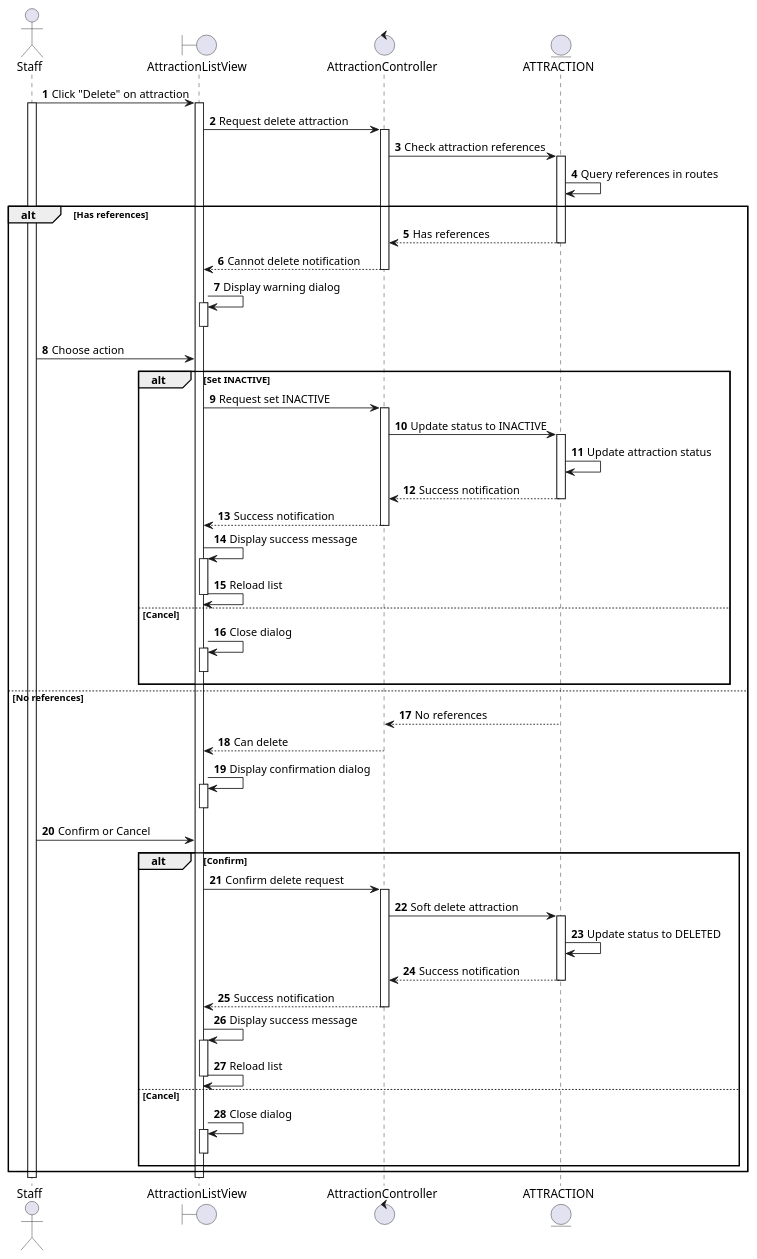
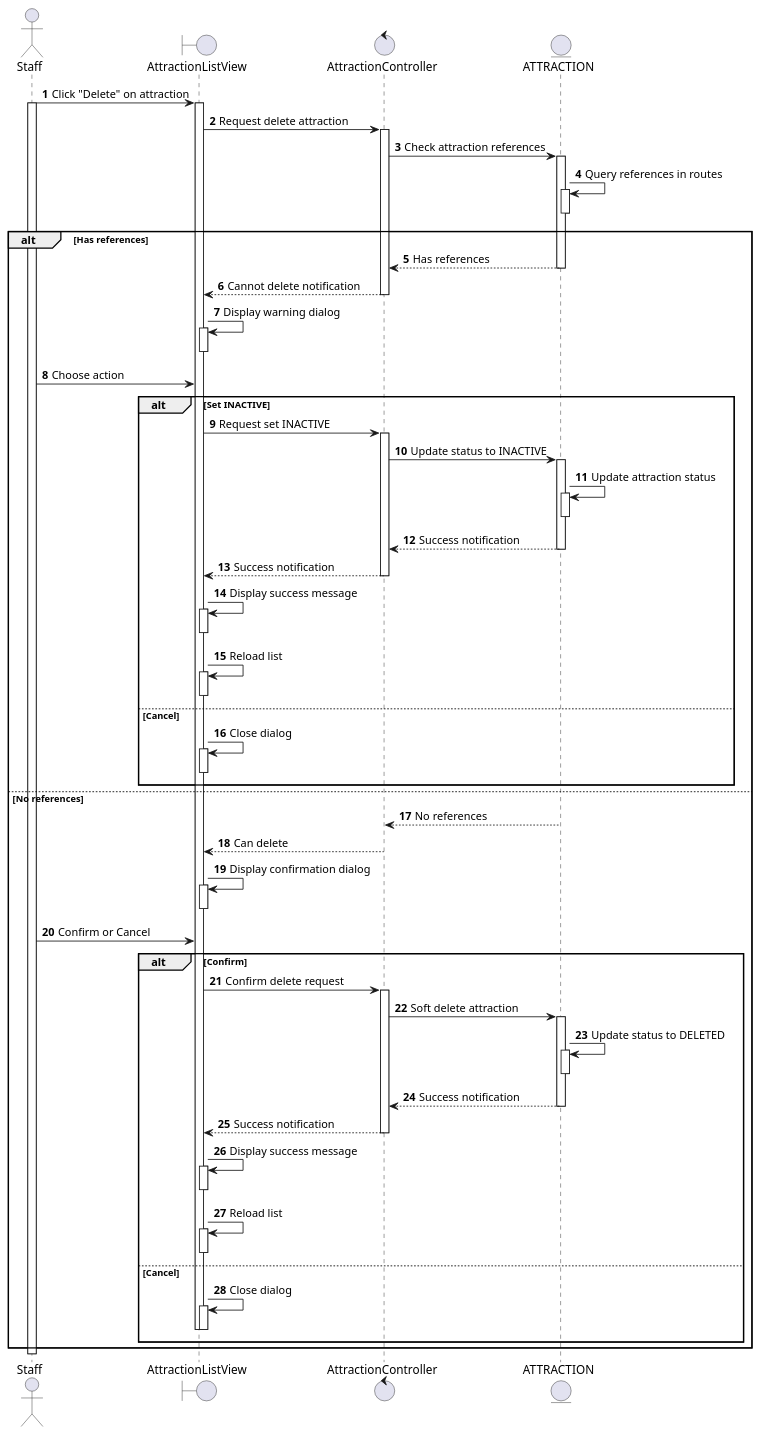
One commit to se113-wm/se113-wm.github.io changed the diagram in docs/docs/sequence/manage-attraction/delete-attraction.md. Above: the diagram before and after it, drawn with PlantUML. The commit also changed 37 other files, not shown here.

First line of the commit message:
Refactor sequence diagrams for booking and trip management

```diff
--- a/docs/docs/sequence/manage-attraction/delete-attraction.md
+++ b/docs/docs/sequence/manage-attraction/delete-attraction.md
@@ -17,6 +17,8 @@
 AC -> ATR: Check attraction references
 activate ATR
 ATR -> ATR: Query references in routes
+activate ATR
+deactivate ATR
 
 alt Has references
   AC <-- ATR: Has references
@@ -34,13 +36,17 @@
     AC -> ATR: Update status to INACTIVE
     activate ATR
     ATR -> ATR: Update attraction status
+    activate ATR
+    deactivate ATR
     AC <-- ATR: Success notification
     deactivate ATR
     ALV <-- AC: Success notification
     deactivate AC
     ALV -> ALV: Display success message
     activate ALV
+    deactivate ALV
     ALV -> ALV: Reload list
+    activate ALV
     deactivate ALV
   else Cancel
     ALV -> ALV: Close dialog
@@ -64,17 +70,22 @@
     AC -> ATR: Soft delete attraction
     activate ATR
     ATR -> ATR: Update status to DELETED
+    activate ATR
+    deactivate ATR
     AC <-- ATR: Success notification
     deactivate ATR
     ALV <-- AC: Success notification
     deactivate AC
     ALV -> ALV: Display success message
     activate ALV
+    deactivate ALV
     ALV -> ALV: Reload list
+    activate ALV
     deactivate ALV
   else Cancel
     ALV -> ALV: Close dialog
     activate ALV
+    deactivate ALV
     deactivate ALV
   end
 end
```
